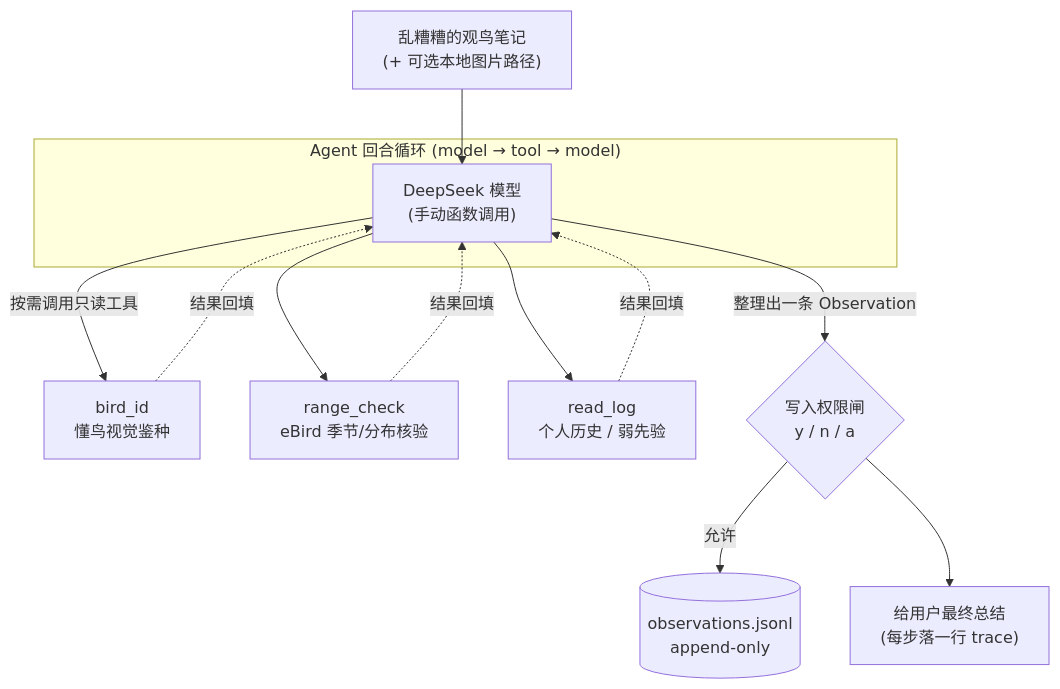
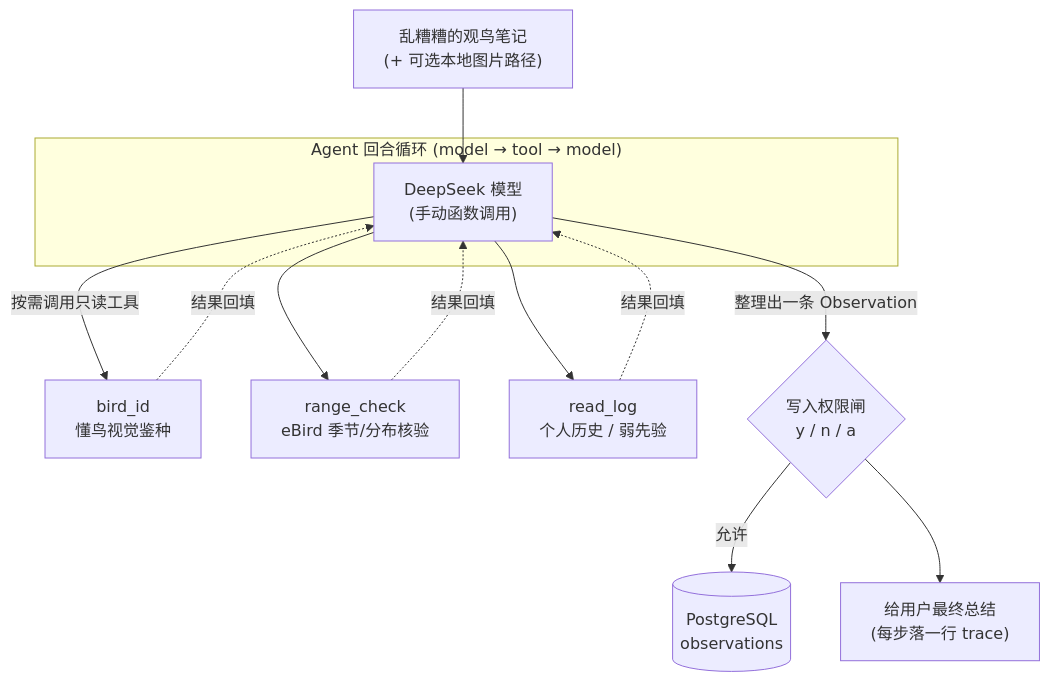
The diagram in README.md (takko9ei/Vibirding), drawn with Mermaid before and after one commit. The commit also changed other lines of this file and 8 other files, not shown here.

````diff
--- a/README.md
+++ b/README.md
@@ -40,16 +40,16 @@
 ```mermaid
 flowchart TD
     U["乱糟糟的观鸟笔记<br/>(+ 可选本地图片路径)"] --> M
     subgraph LOOP["Agent 回合循环 (model → tool → model)"]
       M["DeepSeek 模型<br/>(手动函数调用)"]
     end
     M -->|按需调用只读工具| BID["bird_id<br/>懂鸟视觉鉴种"]
     M --> RC["range_check<br/>eBird 季节/分布核验"]
     M --> RL["read_log<br/>个人历史 / 弱先验"]
     BID -. 结果回填 .-> M
     RC -. 结果回填 .-> M
     RL -. 结果回填 .-> M
     M -->|整理出一条 Observation| GATE{"写入权限闸<br/>y / n / a"}
-    GATE -->|允许| LOG[("observations.jsonl<br/>append-only")]
+    GATE -->|允许| LOG[("PostgreSQL<br/>observations")]
     GATE --> SUM["给用户最终总结<br/>(每步落一行 trace)"]
 ```
````
